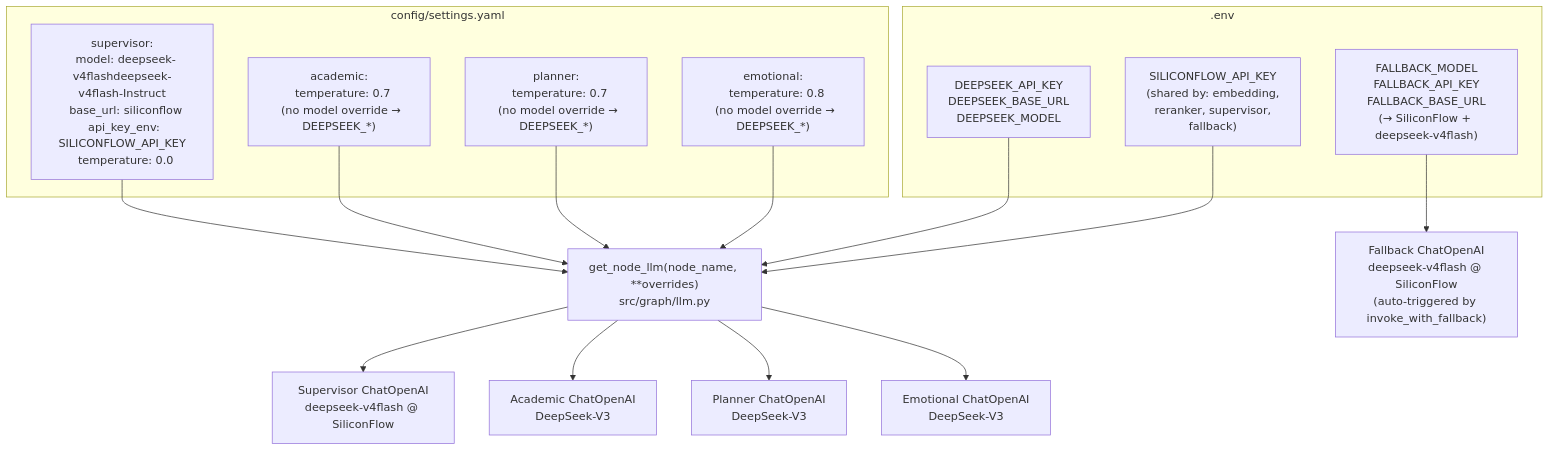
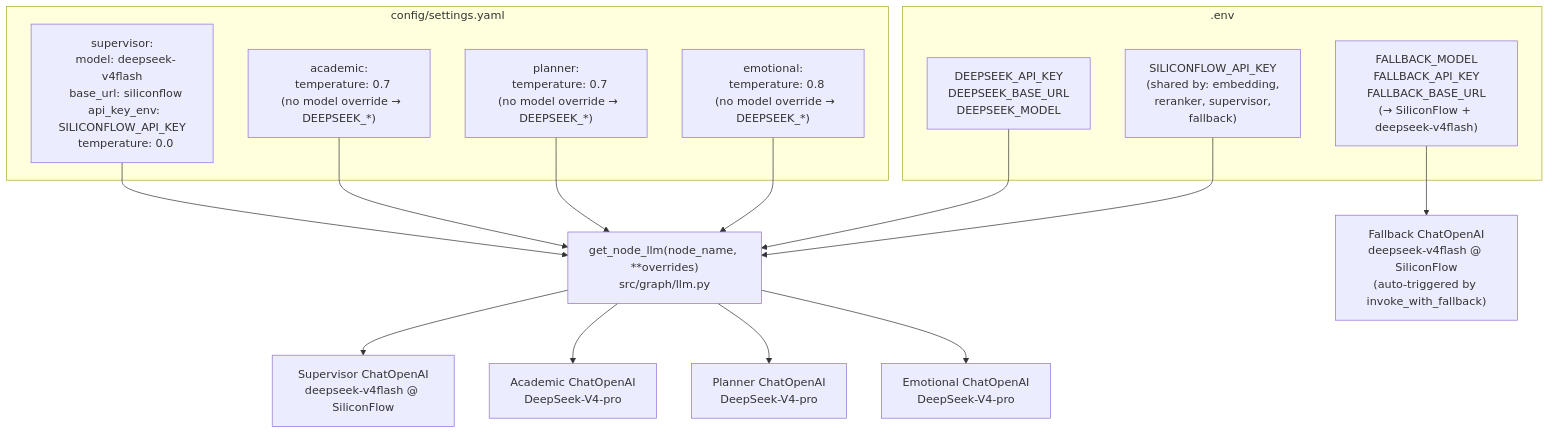
The fifth of 5 diagrams in docs/architecture/v0.2.0/diagram_design.md (luboyan6/exam-mind), drawn with Mermaid before and after one commit. The commit also changed other lines of this file and 5 other files, not shown here.

Commit message:
chore: replace generation LLM DeepSeek-V3 with DeepSeek-V4-pro

````diff
--- a/docs/architecture/v0.2.0/diagram_design.md
+++ b/docs/architecture/v0.2.0/diagram_design.md
@@ -226,32 +226,32 @@
 ```mermaid
 flowchart TD
     subgraph Settings["config/settings.yaml"]
-        SUP_CFG["supervisor:\n  model: deepseek-v4flashdeepseek-v4flash-Instruct\n  base_url: siliconflow\n  api_key_env: SILICONFLOW_API_KEY\n  temperature: 0.0"]
+        SUP_CFG["supervisor:\n  model: deepseek-v4flash\n  base_url: siliconflow\n  api_key_env: SILICONFLOW_API_KEY\n  temperature: 0.0"]
         AC_CFG["academic:\n  temperature: 0.7\n  (no model override → DEEPSEEK_*)"]
         PL_CFG["planner:\n  temperature: 0.7\n  (no model override → DEEPSEEK_*)"]
         EM_CFG["emotional:\n  temperature: 0.8\n  (no model override → DEEPSEEK_*)"]
     end
 
     Factory["get_node_llm(node_name, **overrides)\nsrc/graph/llm.py"]
 
     SUP_CFG --> Factory
     AC_CFG --> Factory
     PL_CFG --> Factory
     EM_CFG --> Factory
 
     subgraph Env[".env"]
         DS["DEEPSEEK_API_KEY\nDEEPSEEK_BASE_URL\nDEEPSEEK_MODEL"]
         SF["SILICONFLOW_API_KEY\n(shared by: embedding,\nreranker, supervisor,\nfallback)"]
         FB["FALLBACK_MODEL\nFALLBACK_API_KEY\nFALLBACK_BASE_URL\n(→ SiliconFlow + deepseek-v4flash)"]
     end
 
     DS --> Factory
     SF --> Factory
 
     Factory --> Supervisor["Supervisor ChatOpenAI\ndeepseek-v4flash @ SiliconFlow"]
-    Factory --> Academic["Academic ChatOpenAI\nDeepSeek-V3"]
-    Factory --> Planner["Planner ChatOpenAI\nDeepSeek-V3"]
-    Factory --> Emotional["Emotional ChatOpenAI\nDeepSeek-V3"]
+    Factory --> Academic["Academic ChatOpenAI\nDeepSeek-V4-pro"]
+    Factory --> Planner["Planner ChatOpenAI\nDeepSeek-V4-pro"]
+    Factory --> Emotional["Emotional ChatOpenAI\nDeepSeek-V4-pro"]
 
     FB --> Fallback["Fallback ChatOpenAI\ndeepseek-v4flash @ SiliconFlow\n(auto-triggered by invoke_with_fallback)"]
 ```
````
